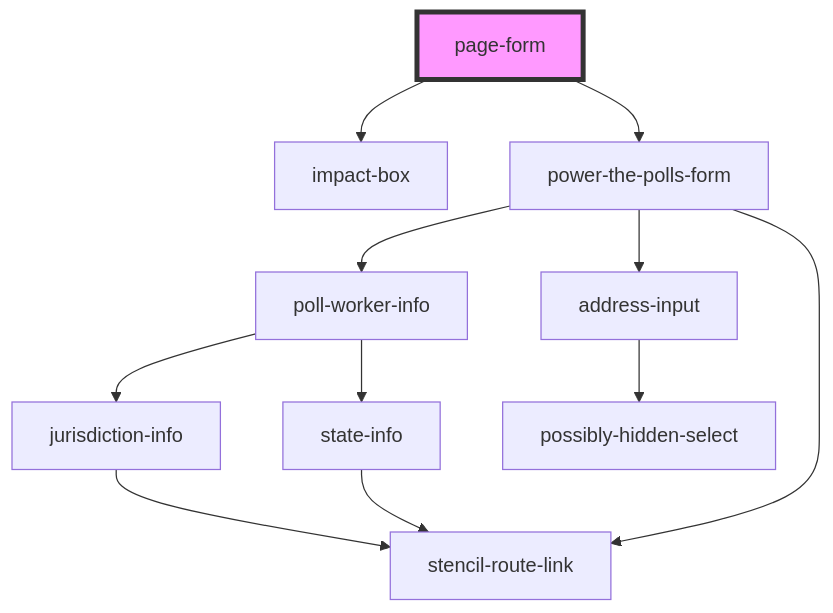
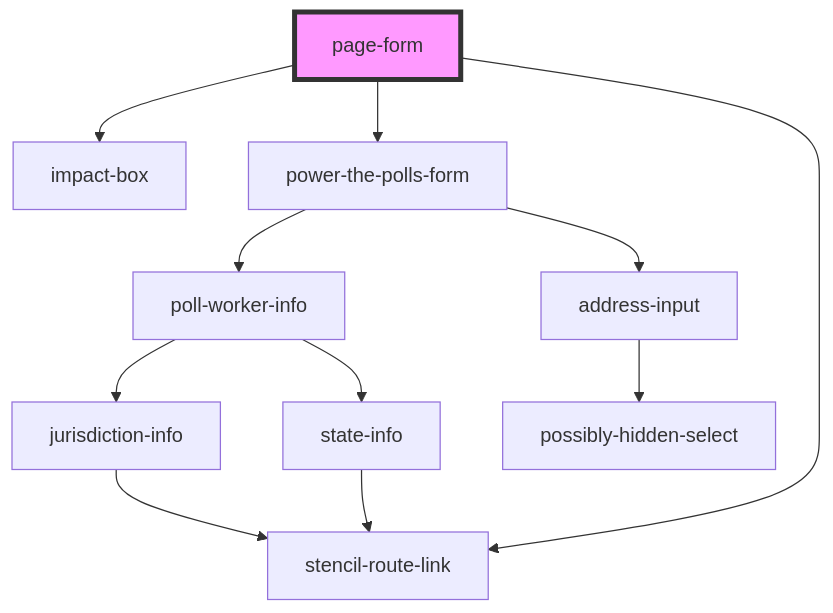
The diagram in site/src/components/page-form/readme.md (pizza-to-the-polls/power-the-polls), drawn with Mermaid before and after one commit. The commit also changed other lines of this file and 1 other file, not shown here.

Commit message:
added dev:form script to package.json

````diff
--- a/site/src/components/page-form/readme.md
+++ b/site/src/components/page-form/readme.md
@@ -24,14 +25,14 @@
 ```mermaid
 graph TD;
   page-form --> impact-box
   page-form --> power-the-polls-form
+  page-form --> stencil-route-link
   power-the-polls-form --> poll-worker-info
   power-the-polls-form --> address-input
-  power-the-polls-form --> stencil-route-link
   poll-worker-info --> jurisdiction-info
   poll-worker-info --> state-info
   jurisdiction-info --> stencil-route-link
   state-info --> stencil-route-link
   address-input --> possibly-hidden-select
   style page-form fill:#f9f,stroke:#333,stroke-width:4px
 ```
````
